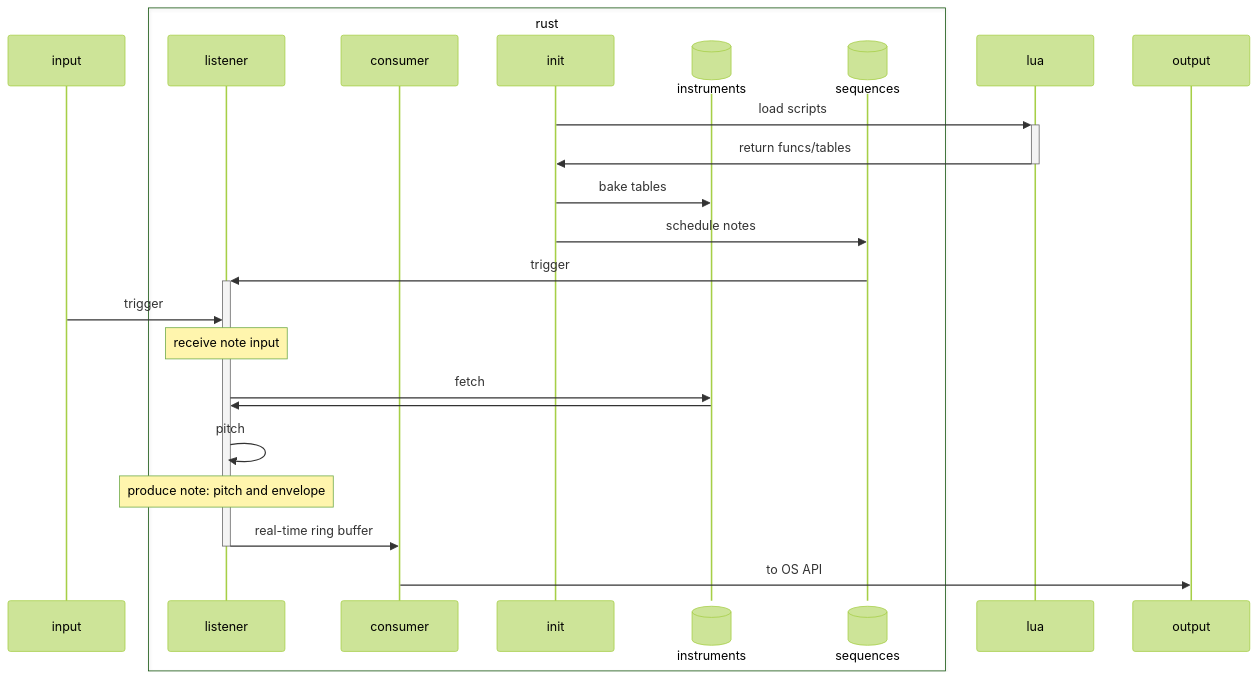
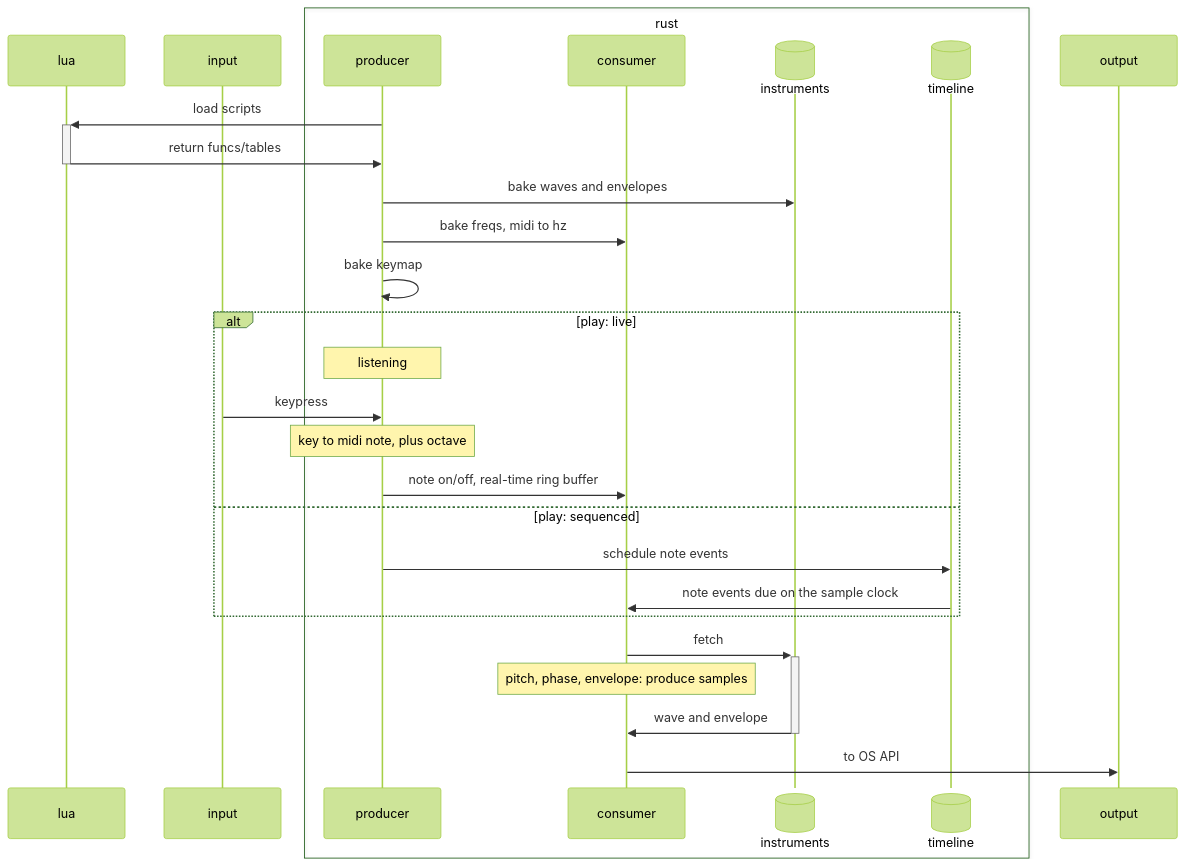
The diagram in README.md (turkosaurus/synth), drawn with Mermaid (forest theme) before and after one commit.

Commit message:
Revise sequence diagram for clarity and accuracy
Updated sequence diagram in README to reflect changes in participants and interactions.

````diff
--- a/README.md
+++ b/README.md
@@ -26,29 +26,35 @@
 ```mermaid
 sequenceDiagram
+    participant lua
     participant input
     box rust
-        participant listener
+        participant producer
         participant consumer
-        participant init
         participant instruments@{ "type" : "database" }
-        participant sequences@{ "type" : "database" }
+        participant timeline@{ "type" : "database" }
     end
 
-    participant lua
     participant output
 
-    init->>+lua: load scripts
-    lua->>-init: return funcs/tables
+    producer->>+lua: load scripts
+    lua->>-producer: return funcs/tables
 
-    init->>instruments: bake tables
-    init->>sequences: schedule notes
-    sequences->>+listener: trigger
-    input->>listener: trigger
-    note over listener: receive note input
-    listener->>instruments: fetch
-    instruments->>listener: 
-    listener->>listener: pitch
-    note over listener: produce note: pitch and envelope
-    listener->>-consumer: real-time ring buffer
+    producer->>instruments: bake waves and envelopes
+    producer->>consumer: bake freqs, midi to hz
+    producer->>producer: bake keymap
+
+    alt play: live
+        note over producer: listening
+        input->>producer: keypress
+        note over producer: key to midi note, plus octave
+        producer->>consumer: note on/off, real-time ring buffer
+    else play: sequenced
+        producer->>timeline: schedule note events
+        timeline->>consumer: note events due on the sample clock
+    end
+
+    consumer->>+instruments: fetch
+    note over consumer: pitch, phase, envelope: produce samples
+    instruments->>-consumer: wave and envelope
     consumer->>output: to OS API
 ```
````
